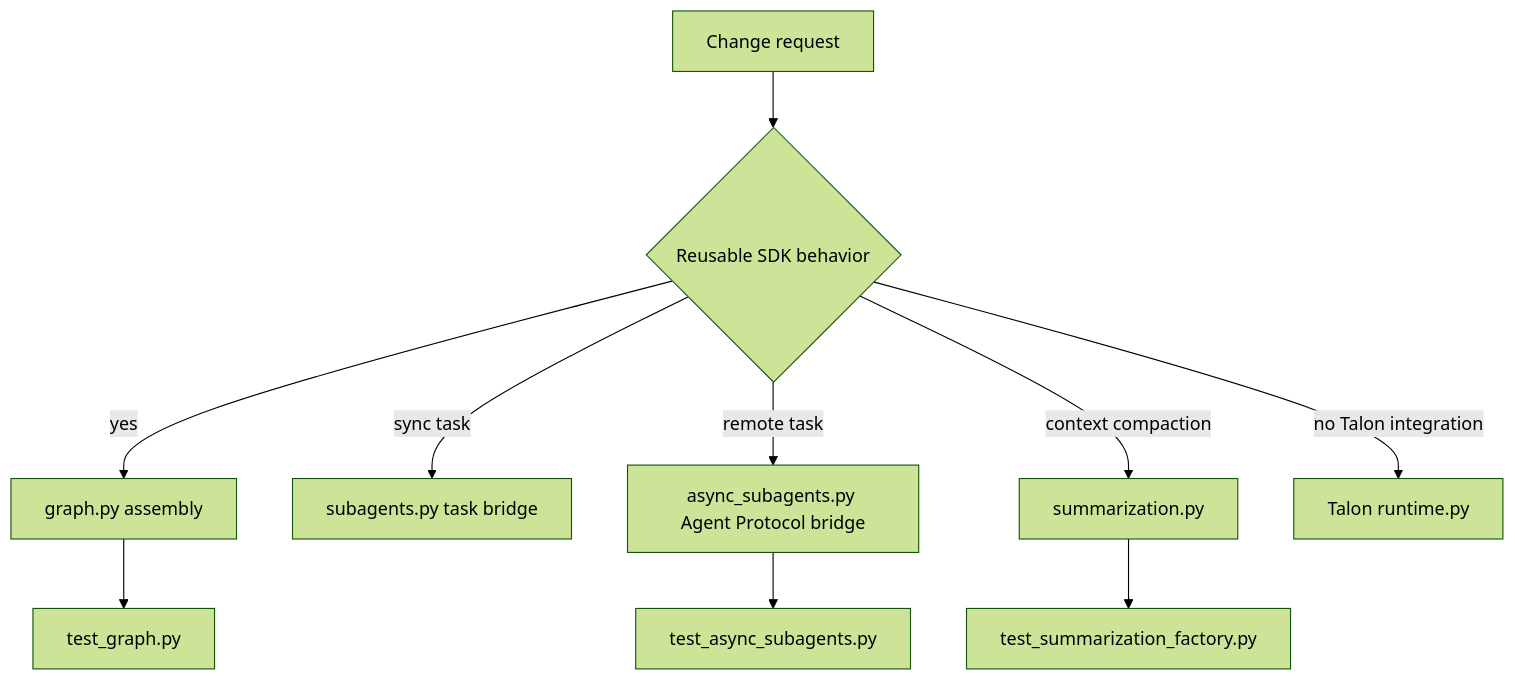
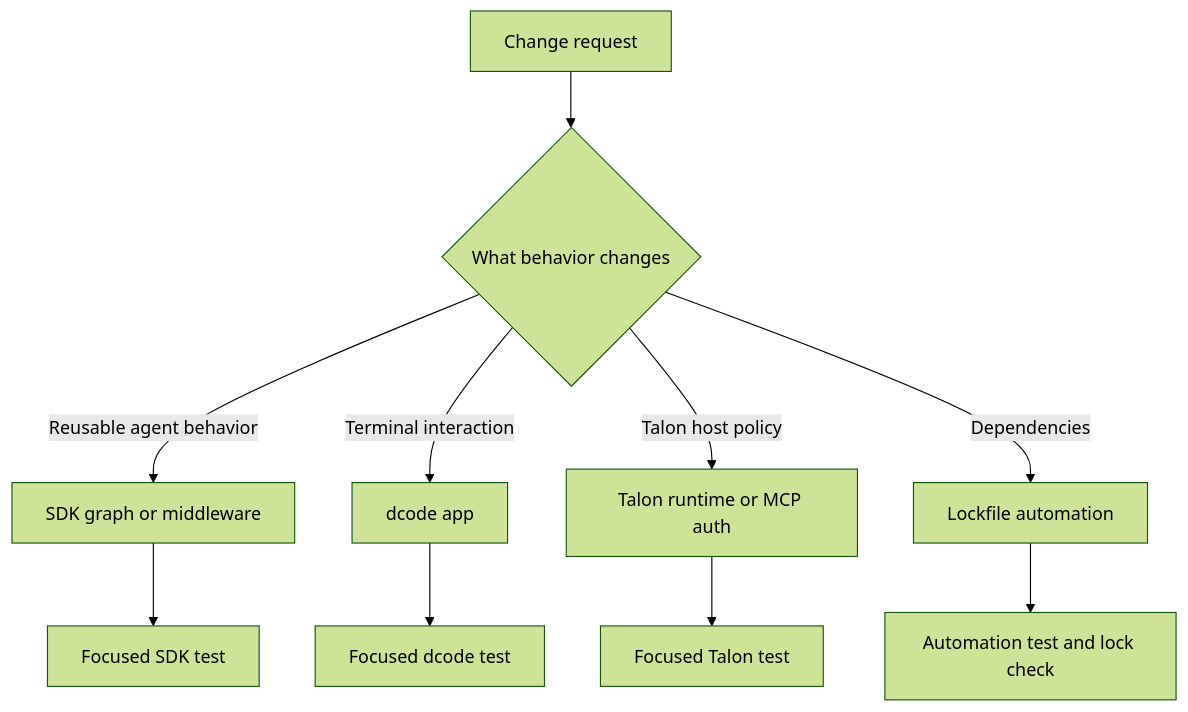
The first of 3 diagrams in openwiki/architecture/source-map.md (langchain-ai/deepagents), drawn with Mermaid (forest theme) before and after one commit. The commit also changed other lines of this file and 47 other files, not shown here.

````diff
--- a/openwiki/architecture/source-map.md
+++ b/openwiki/architecture/source-map.md
@@ -43,12 +61,12 @@
 ```mermaid
 flowchart TD
-  Change["Change request"] --> Scope{"Reusable SDK behavior"}
-  Scope -->|"yes"| Graph["graph.py assembly"]
-  Scope -->|"sync task"| Sync["subagents.py task bridge"]
-  Scope -->|"remote task"| Async["async_subagents.py Agent Protocol bridge"]
-  Scope -->|"context compaction"| Summary["summarization.py"]
-  Scope -->|"no Talon integration"| Talon["Talon runtime.py"]
-  Graph --> GraphTest["test_graph.py"]
-  Async --> AsyncTest["test_async_subagents.py"]
-  Summary --> SummaryTest["test_summarization_factory.py"]
+  Change["Change request"] --> Scope{"What behavior changes"}
+  Scope -->|"Reusable agent behavior"| Graph["SDK graph or middleware"]
+  Scope -->|"Terminal interaction"| Dcode["dcode app"]
+  Scope -->|"Talon host policy"| Talon["Talon runtime or MCP auth"]
+  Scope -->|"Dependencies"| Lock["Lockfile automation"]
+  Graph --> SDKTests["Focused SDK test"]
+  Dcode --> DcodeTests["Focused dcode test"]
+  Talon --> TalonTests["Focused Talon test"]
+  Lock --> LockTests["Automation test and lock check"]
 ```
````
